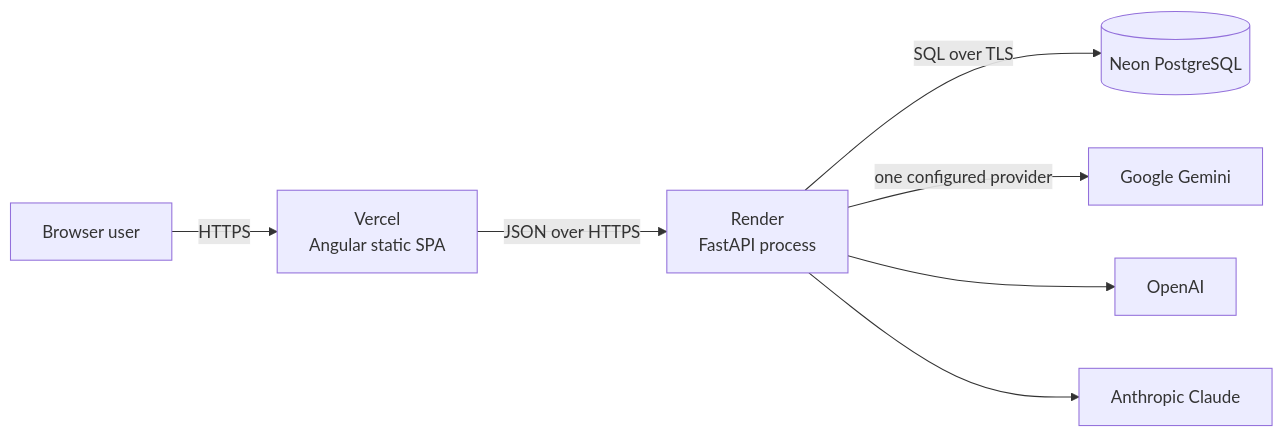
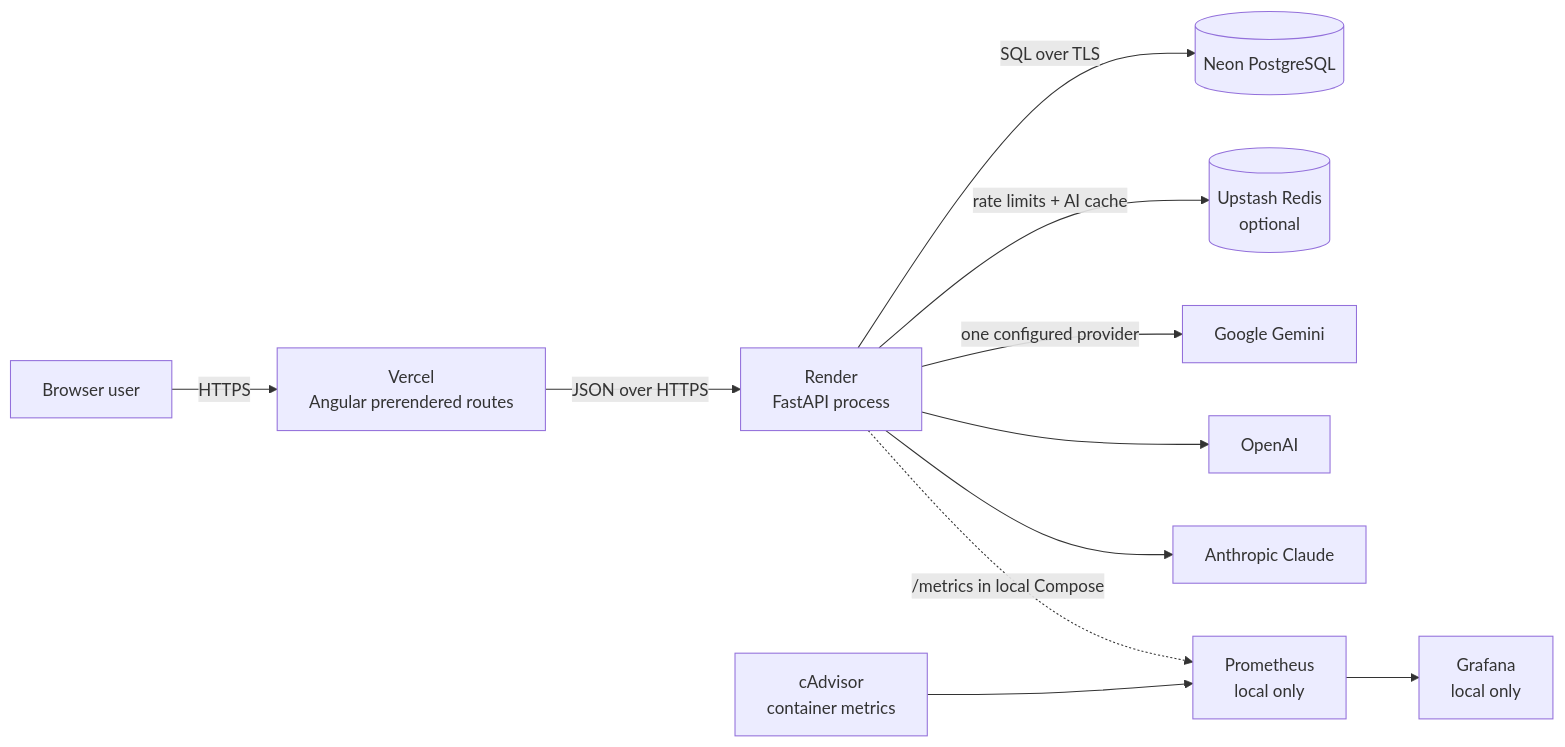
The first of 13 diagrams in docs/LOW_LEVEL_DESIGN.md (saurabhzaiswal/GenAI-Customer-Review-Analyzer), drawn with Mermaid before and after one commit. The commit also changed other lines of this file and 70 other files, not shown here.

````diff
--- a/docs/LOW_LEVEL_DESIGN.md
+++ b/docs/LOW_LEVEL_DESIGN.md
@@ -7,17 +7,25 @@
 ```mermaid
 flowchart LR
     User[Browser user]
-    Vercel[Vercel<br/>Angular static SPA]
+    Vercel[Vercel<br/>Angular prerendered routes]
     Render[Render<br/>FastAPI process]
     Neon[(Neon PostgreSQL)]
+    Upstash[(Upstash Redis<br/>optional)]
+    Prometheus[Prometheus<br/>local only]
+    Grafana[Grafana<br/>local only]
+    cAdvisor[cAdvisor<br/>container metrics]
     Gemini[Google Gemini]
     OpenAI[OpenAI]
     Claude[Anthropic Claude]
 
     User -->|HTTPS| Vercel
     Vercel -->|JSON over HTTPS| Render
     Render -->|SQL over TLS| Neon
+    Render -->|rate limits + AI cache| Upstash
     Render -->|one configured provider| Gemini
     Render --> OpenAI
     Render --> Claude
+    Render -.->|/metrics in local Compose| Prometheus
+    cAdvisor --> Prometheus
+    Prometheus --> Grafana
 ```
````
